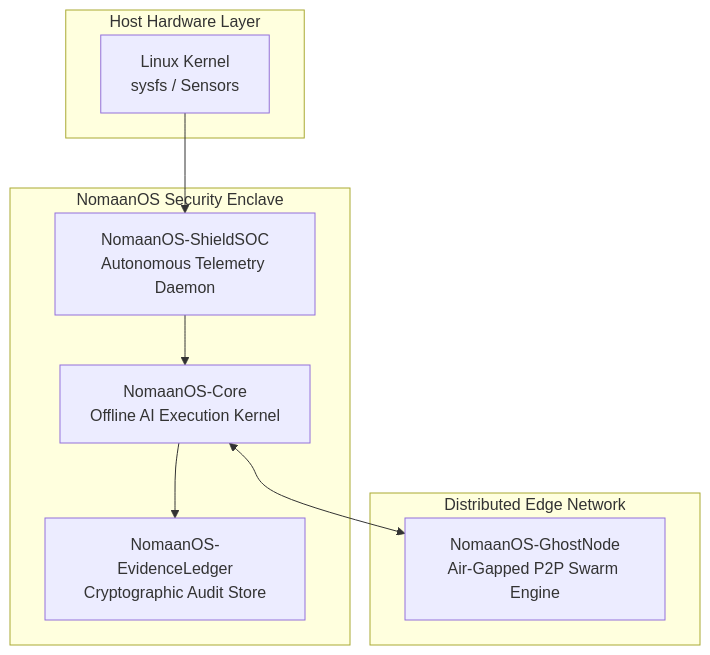
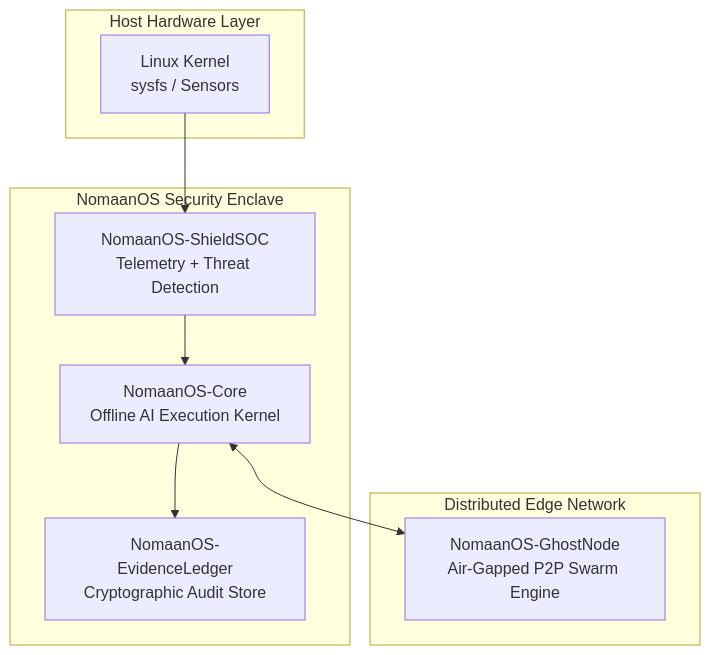
The diagram in README.md (NomaanOS-Dev/NomaanOS-Dev), drawn with Mermaid before and after one commit. The commit also changed other lines of this file, not shown here.

Commit message:
Refine the README into a polished product-style overview with stronger architecture and quickstart sections

````diff
--- a/README.md
+++ b/README.md
@@ -23,21 +36,21 @@
 ```mermaid
 flowchart TD
     subgraph Host_Layer["Host Hardware Layer"]
         LK["Linux Kernel<br/>sysfs / Sensors"]
     end
 
     subgraph Security_Enclave["NomaanOS Security Enclave"]
-        SOC["NomaanOS-ShieldSOC<br/>Autonomous Telemetry Daemon"]
+        SOC["NomaanOS-ShieldSOC<br/>Telemetry + Threat Detection"]
         CORE["NomaanOS-Core<br/>Offline AI Execution Kernel"]
         LEDGER["NomaanOS-EvidenceLedger<br/>Cryptographic Audit Store"]
     end
 
     subgraph Mesh_Network["Distributed Edge Network"]
         GHOST["NomaanOS-GhostNode<br/>Air-Gapped P2P Swarm Engine"]
     end
 
     LK --> SOC
     SOC --> CORE
     CORE --> LEDGER
     CORE <--> GHOST
 ```
````
